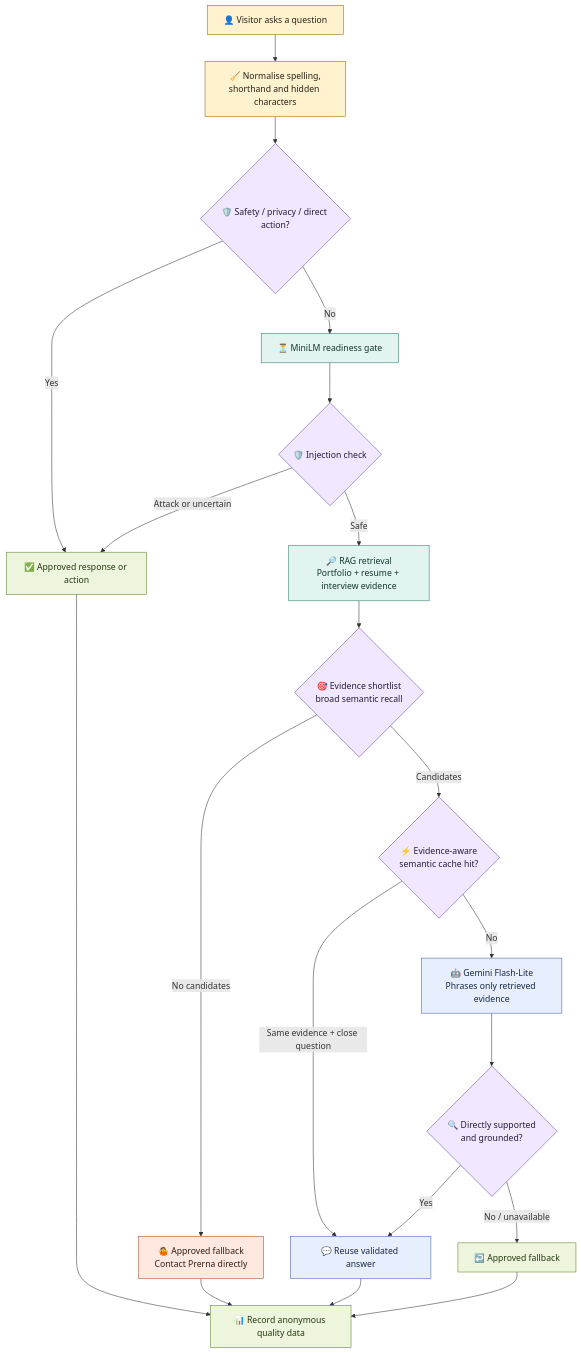
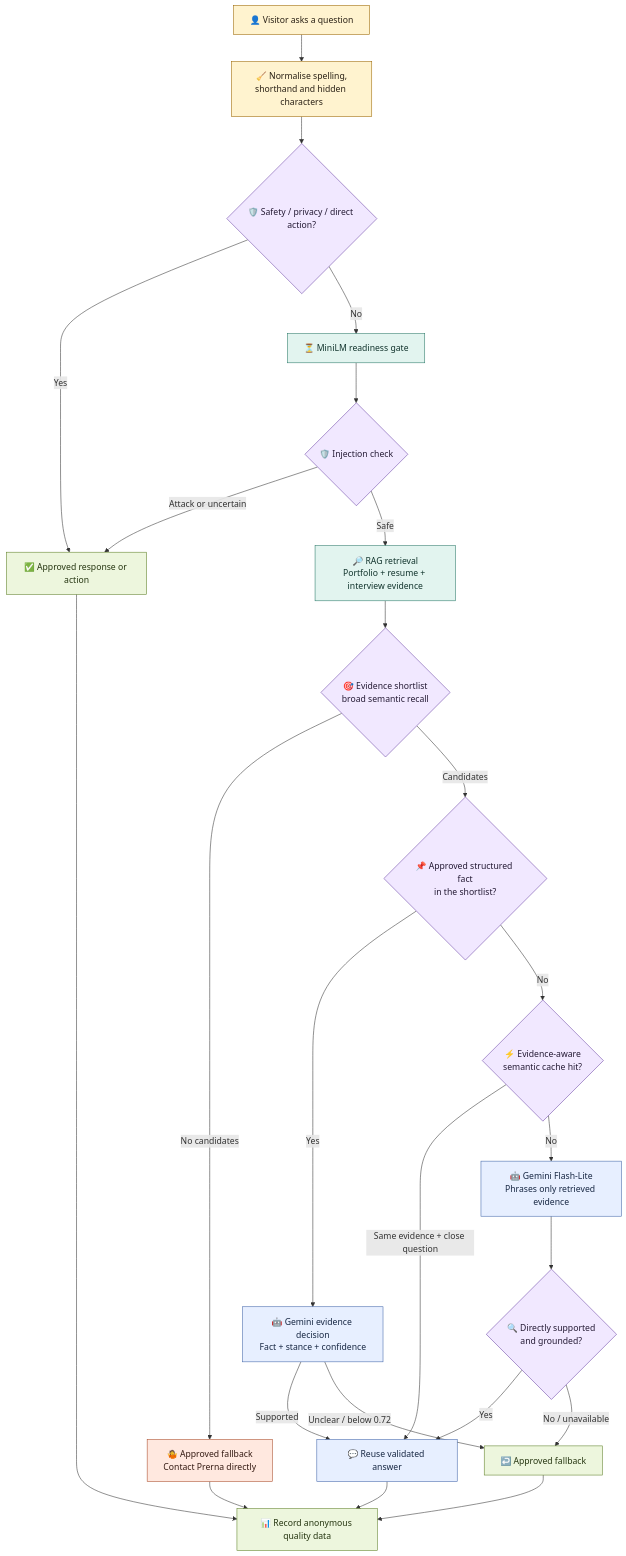
One commit to robona-pk/portfolio changed the first of 2 diagrams in README.md. Above: the diagram before and after it, drawn with Mermaid. The commit also changed other lines of this file and 8 other files, not shown here.

````diff
--- a/README.md
+++ b/README.md
@@ -55,36 +55,40 @@
 ```mermaid
 flowchart TD
     A["👤 Visitor asks a question"] --> B["🧹 Normalise spelling,<br/>shorthand and hidden characters"]
     B --> S{"🛡️ Safety / privacy / direct action?"}
     S -- "Yes" --> G["✅ Approved response or action"]
     S -- "No" --> Q["⏳ MiniLM readiness gate"]
     Q --> I{"🛡️ Injection check"}
     I -- "Attack or uncertain" --> G
     I -- "Safe" --> H["🔎 RAG retrieval<br/>Portfolio + resume + interview evidence"]
     H --> P{"🎯 Evidence shortlist<br/>broad semantic recall"}
     P -- "No candidates" --> F["🤷 Approved fallback<br/>Contact Prerna directly"]
-    P -- "Candidates" --> C{"⚡ Evidence-aware<br/>semantic cache hit?"}
+    P -- "Candidates" --> J{"📌 Approved structured fact<br/>in the shortlist?"}
+    J -- "Yes" --> D["🤖 Gemini evidence decision<br/>Fact + stance + confidence"]
+    D -- "Supported" --> M
+    D -- "Unclear / below 0.72" --> N
+    J -- "No" --> C{"⚡ Evidence-aware<br/>semantic cache hit?"}
     C -- "Same evidence + close question" --> M["💬 Reuse validated answer"]
     C -- "No" --> K["🤖 Gemini Flash-Lite<br/>Phrases only retrieved evidence"]
     K --> L{"🔍 Directly supported<br/>and grounded?"}
     L -- "Yes" --> M
     L -- "No / unavailable" --> N["↩️ Approved fallback"]
     G --> O["📊 Record anonymous quality data"]
     F --> O
     M --> O
     N --> O
 
     classDef visitor fill:#fff3cf,stroke:#9a6500,color:#2a2115;
     classDef decision fill:#f1e8ff,stroke:#6941a5,color:#251b35;
     classDef policy fill:#ffe8df,stroke:#a84a28,color:#351b13;
     classDef retrieval fill:#e2f4ef,stroke:#277766,color:#12342d;
     classDef ai fill:#e7efff,stroke:#3f64a8,color:#172743;
     classDef output fill:#edf6dd,stroke:#5d7f25,color:#263611;
 
     class A,B visitor;
-    class S,I,P,C,L decision;
+    class S,I,P,J,C,L decision;
     class F,G policy;
     class H,Q retrieval;
-    class K,M ai;
+    class D,K,M ai;
     class G,N,O output;
 ```
````
